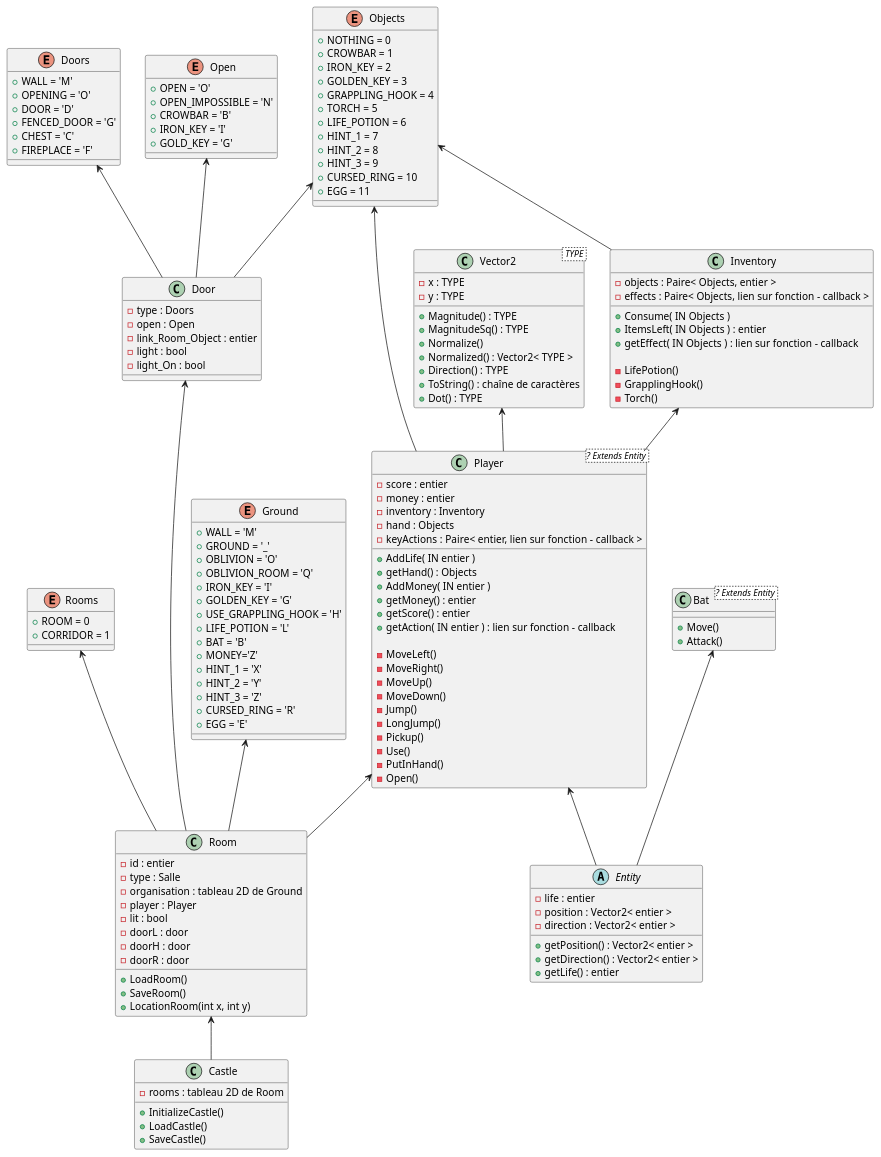
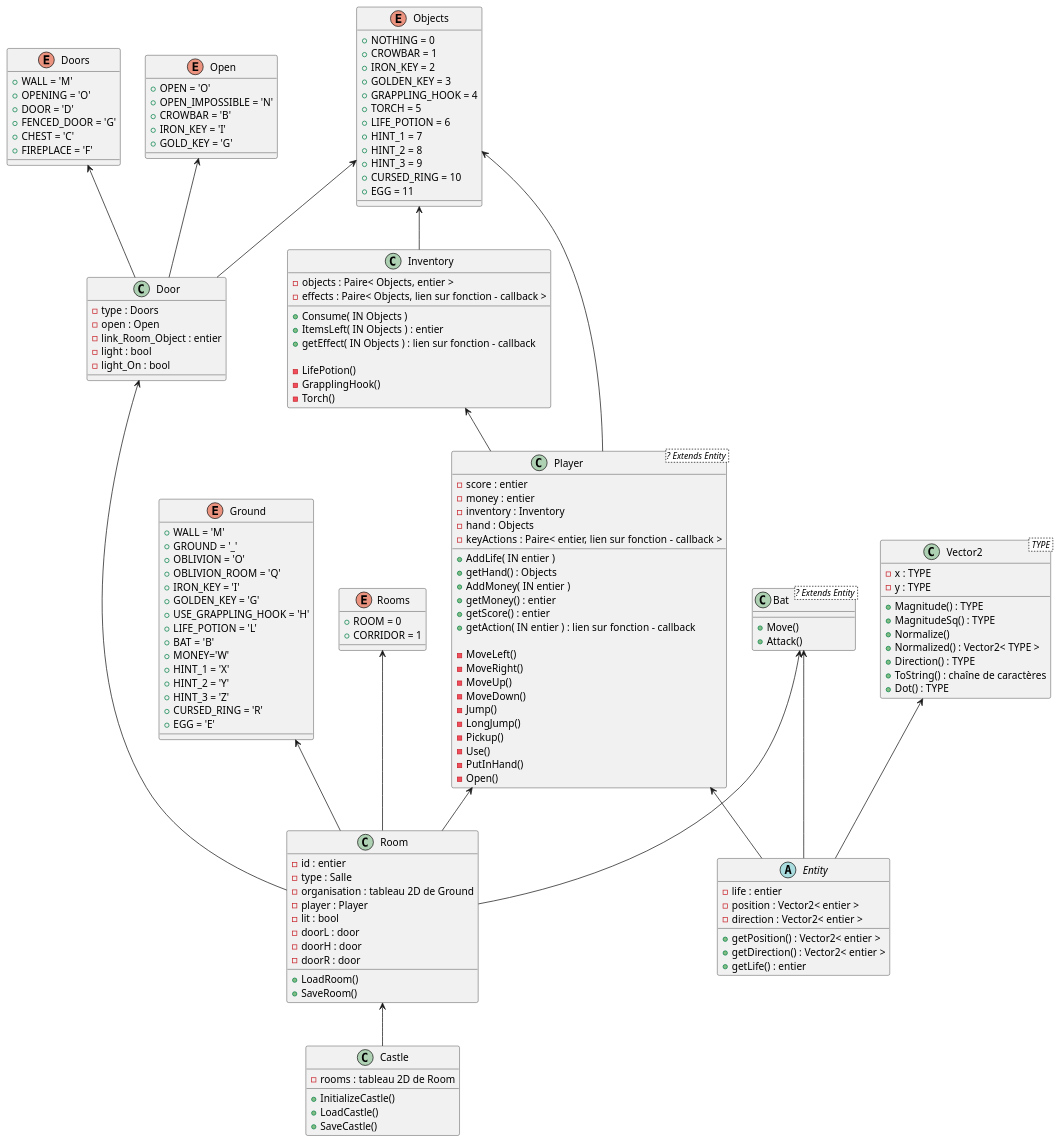
Before and after one commit to Serdok/GoldenPhoenix: the diagram in doc/diagrams/Class.puml, drawn with PlantUML. The commit also changed 17 other files, not shown here.

```diff
--- a/doc/diagrams/Class.puml
+++ b/doc/diagrams/Class.puml
@@ -1,190 +1,190 @@
 @startuml
 
 Inventory <-- Player
 Room <-- Castle
 Objects <-- Inventory
-Vector2 <-- Player
+Vector2 <-- Entity
 Rooms <-- Room
 Ground <-- Room
 Player <-- Room
 Objects <-- Player
 Player <-- Entity
 Bat <-- Entity
 Door <-- Room
 Objects <-- Door
 Doors <-- Door
-Open <-- Door 
+Open <-- Door
+Bat <-- Room
 
 class Vector2< TYPE >
 {
     - x : TYPE
     - y : TYPE
 
     + Magnitude() : TYPE
     + MagnitudeSq() : TYPE
     + Normalize()
     + Normalized() : Vector2< TYPE >
     + Direction() : TYPE
     + ToString() : chaîne de caractères
     + Dot() : TYPE
 }
 
 class Player <? Extends Entity >
 {
     - score : entier
     - money : entier
     - inventory : Inventory
     - hand : Objects
     - keyActions : Paire< entier, lien sur fonction - callback >
 
     + AddLife( IN entier )
     + getHand() : Objects
     + AddMoney( IN entier )
     + getMoney() : entier
     + getScore() : entier
     + getAction( IN entier ) : lien sur fonction - callback
 
     - MoveLeft()
     - MoveRight()
     - MoveUp()
     - MoveDown()
     - Jump()
     - LongJump()
     - Pickup()
     - Use()
     - PutInHand()
     - Open()
 }
 
 class Inventory
 {
     - objects : Paire< Objects, entier >
     - effects : Paire< Objects, lien sur fonction - callback >
 
     + Consume( IN Objects )
     + ItemsLeft( IN Objects ) : entier
     + getEffect( IN Objects ) : lien sur fonction - callback
 
     - LifePotion()
     - GrapplingHook()
     - Torch()
 }
 
 abstract class Entity
 {
     - life : entier
     - position : Vector2< entier >
     - direction : Vector2< entier >
 
     + getPosition() : Vector2< entier >
     + getDirection() : Vector2< entier >
     + getLife() : entier
 }
 
 class Bat <? Extends Entity >
 {
     + Move()
     + Attack()
 }
 
 enum Objects
 {
 	+ NOTHING = 0
     + CROWBAR = 1
     + IRON_KEY = 2
     + GOLDEN_KEY = 3
     + GRAPPLING_HOOK = 4
     + TORCH = 5
     + LIFE_POTION = 6
     + HINT_1 = 7
     + HINT_2 = 8
     + HINT_3 = 9
     + CURSED_RING = 10
     + EGG = 11
 }
 
 class Castle
 {
     - rooms : tableau 2D de Room
 
 	+ InitializeCastle()
 	+ LoadCastle()
 	+ SaveCastle()
 }
 
 enum Rooms
 {
     + ROOM = 0
     + CORRIDOR = 1
 }
 
 enum Ground
 {
     + WALL = 'M'
     + GROUND = '_'
 	+ OBLIVION = 'O'
 	+ OBLIVION_ROOM = 'Q' 
     + IRON_KEY = 'I'
     + GOLDEN_KEY = 'G'
     + USE_GRAPPLING_HOOK = 'H'
     + LIFE_POTION = 'L'
 	+ BAT = 'B'
-	+ MONEY='Z'
+	+ MONEY='W'
     + HINT_1 = 'X'
     + HINT_2 = 'Y'
     + HINT_3 = 'Z'
     + CURSED_RING = 'R'
     + EGG = 'E'
 }
 
 enum Doors
 {
 	+ WALL = 'M'
 	+ OPENING = 'O'
 	+ DOOR = 'D'
 	+ FENCED_DOOR = 'G'
 	+ CHEST = 'C'
 	+ FIREPLACE = 'F'
 }
 
 enum Open
 {
 	+ OPEN = 'O'
 	+ OPEN_IMPOSSIBLE = 'N'
 	+ CROWBAR = 'B'
 	+ IRON_KEY = 'I'
 	+ GOLD_KEY = 'G'
 }
 
 class Door
 {
 	- type : Doors
 	- open : Open
 	- link_Room_Object : entier
 	- light : bool 
 	- light_On : bool 
 }
 
 class Room
 {
     - id : entier
     - type : Salle
     - organisation : tableau 2D de Ground
     - player : Player
     - lit : bool
 	- doorL : door
 	- doorH : door
 	- doorR : door
 
 
 	+ LoadRoom()
 	+ SaveRoom()
-	+ LocationRoom(int x, int y)
 }
 
 
 
 
 
 
 @enduml
```
